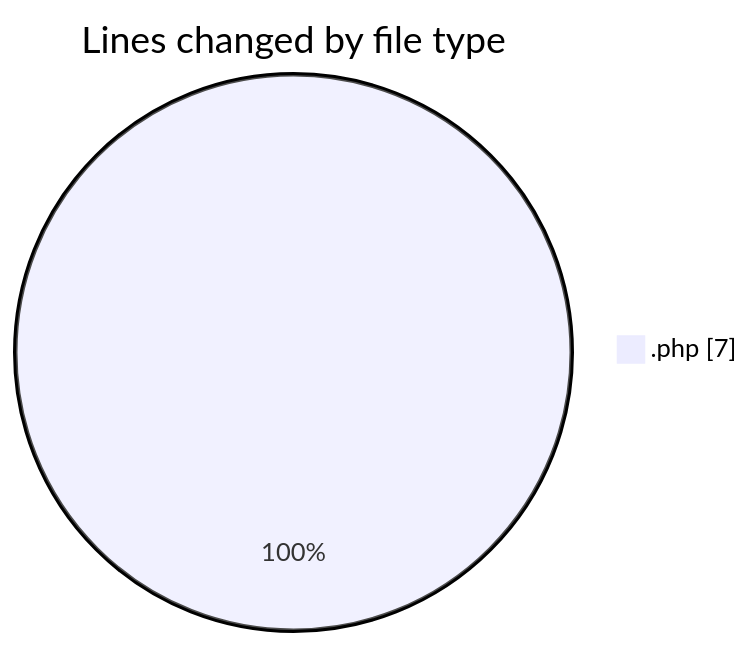
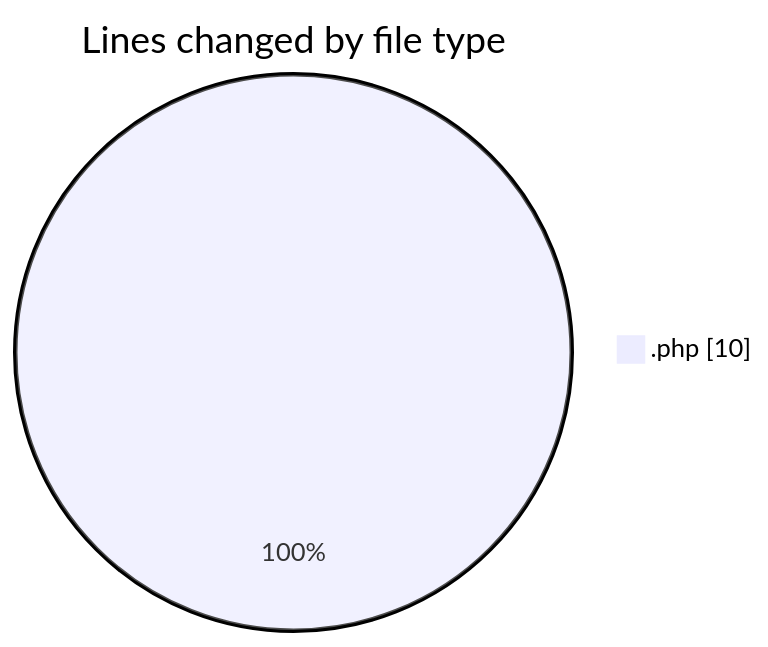
The first of 2 diagrams in 2025-09-17/totem2/README.md (LanceThiago/code-tracking), drawn with Mermaid before and after one commit. The commit also changed other lines of this file and 1 other file, not shown here.

````diff
--- a/2025-09-17/totem2/README.md
+++ b/2025-09-17/totem2/README.md
@@ -21,5 +21,5 @@
 ```mermaid
 pie showData
 title Lines changed by file type
-".php" : 7
+".php" : 10
 ```
````
